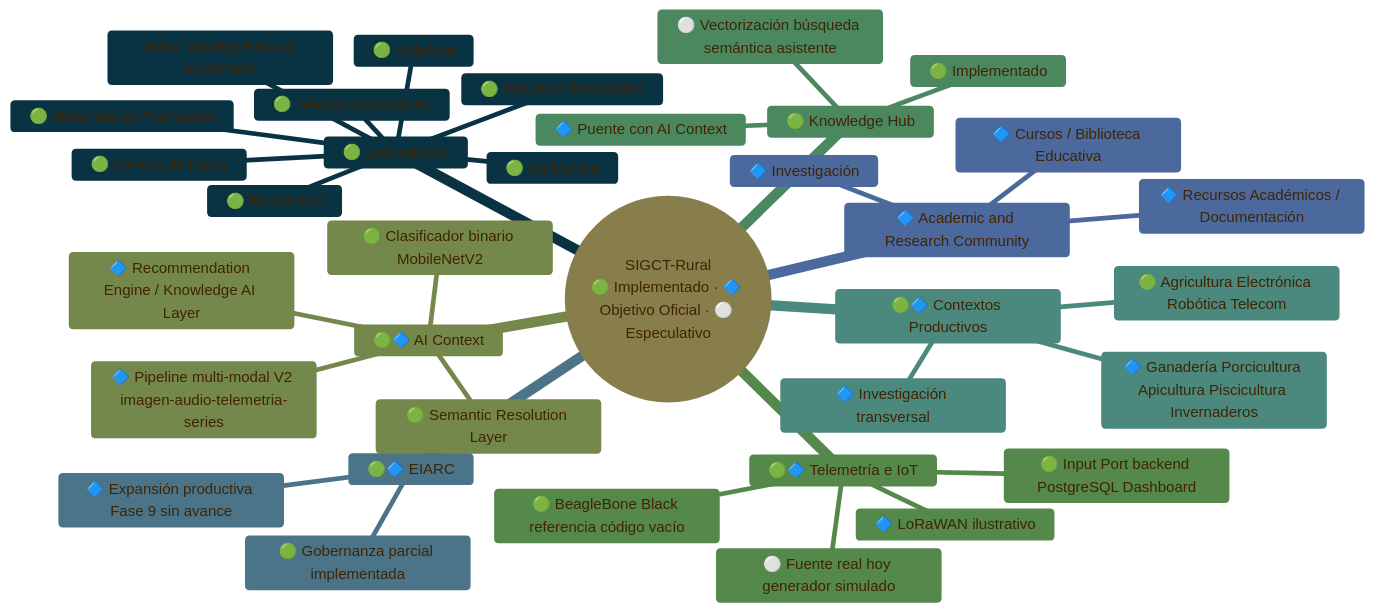
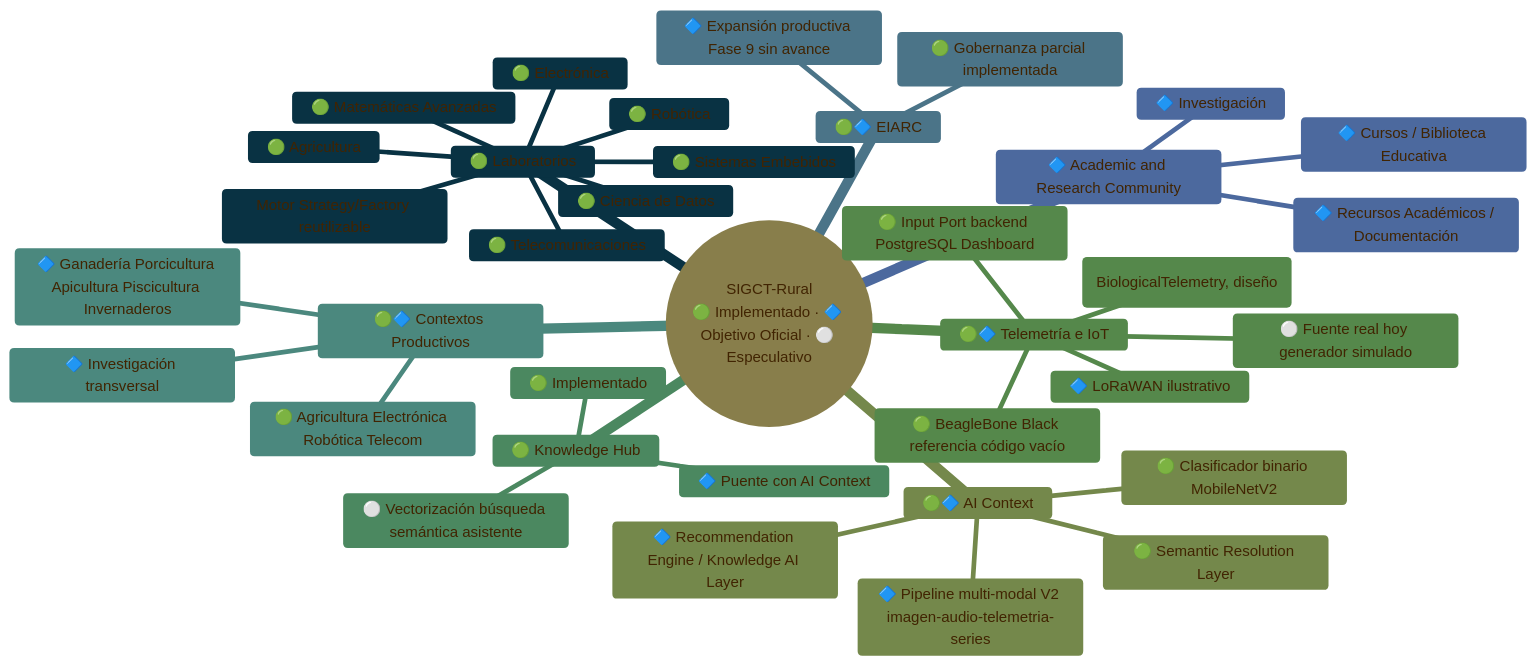
The first of 5 diagrams in README.md (badolgm/sigcTiArural), drawn with Mermaid before and after one commit. The commit also changed other lines of this file and 6 other files, not shown here.

Commit message:
docs(ubtn): introduce Universal Biological Telemetry Node architecture, roadmap and BBB Edge Gateway strategy

````diff
--- a/README.md
+++ b/README.md
@@ -153,39 +154,40 @@
 ```mermaid
 %%{init: {'theme':'base', 'themeVariables': { 'primaryColor':'#c2ba91','primaryTextColor':'#412402','primaryBorderColor':'#3f9999','lineColor':'#6e854349','secondaryColor':'#1887b3','tertiaryColor':'#9badcf'}}}%%
 mindmap
   root((SIGCT-Rural<br/>🟢 Implementado · 🔷 Objetivo Oficial · ⚪ Especulativo))
     🟢 Laboratorios
       Motor Strategy/Factory reutilizable
       🟢 Agricultura
       🟢 Electrónica
       🟢 Robótica
       🟢 Telecomunicaciones
       🟢 Sistemas Embebidos
       🟢 Matemáticas Avanzadas
       🟢 Ciencia de Datos
     🔷 Academic and Research Community
       🔷 Cursos / Biblioteca Educativa
       🔷 Investigación
       🔷 Recursos Académicos / Documentación
     🟢🔷 AI Context
       🟢 Clasificador binario MobileNetV2
       🟢 Semantic Resolution Layer
       🔷 Pipeline multi-modal V2 imagen-audio-telemetria-series
       🔷 Recommendation Engine / Knowledge AI Layer
     🟢🔷 Telemetría e IoT
       🟢 Input Port backend PostgreSQL Dashboard
       🟢 BeagleBone Black referencia código vacío
       🔷 LoRaWAN ilustrativo
+      🔷 UBTN — telemetría biológica (BiologicalTelemetry, diseño)
       ⚪ Fuente real hoy generador simulado
     🟢 Knowledge Hub
       🟢 Implementado
       🔷 Puente con AI Context
       ⚪ Vectorización búsqueda semántica asistente
     🟢🔷 Contextos Productivos
       🟢 Agricultura Electrónica Robótica Telecom
       🔷 Ganadería Porcicultura Apicultura Piscicultura Invernaderos
       🔷 Investigación transversal
     🟢🔷 EIARC
       🟢 Gobernanza parcial implementada
       🔷 Expansión productiva Fase 9 sin avance
 ```
````
